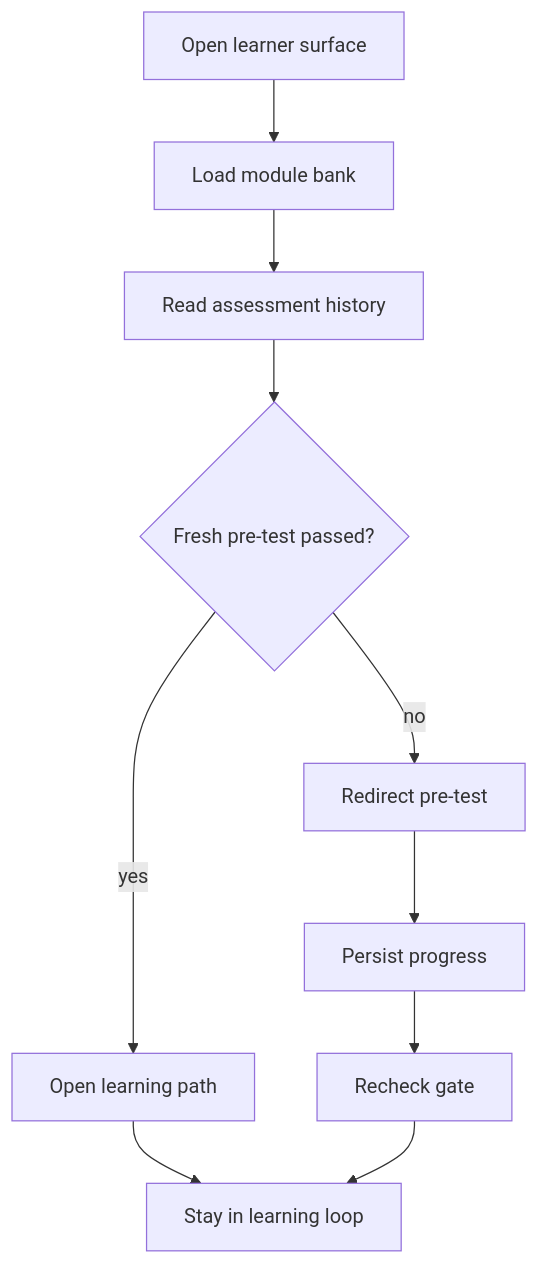
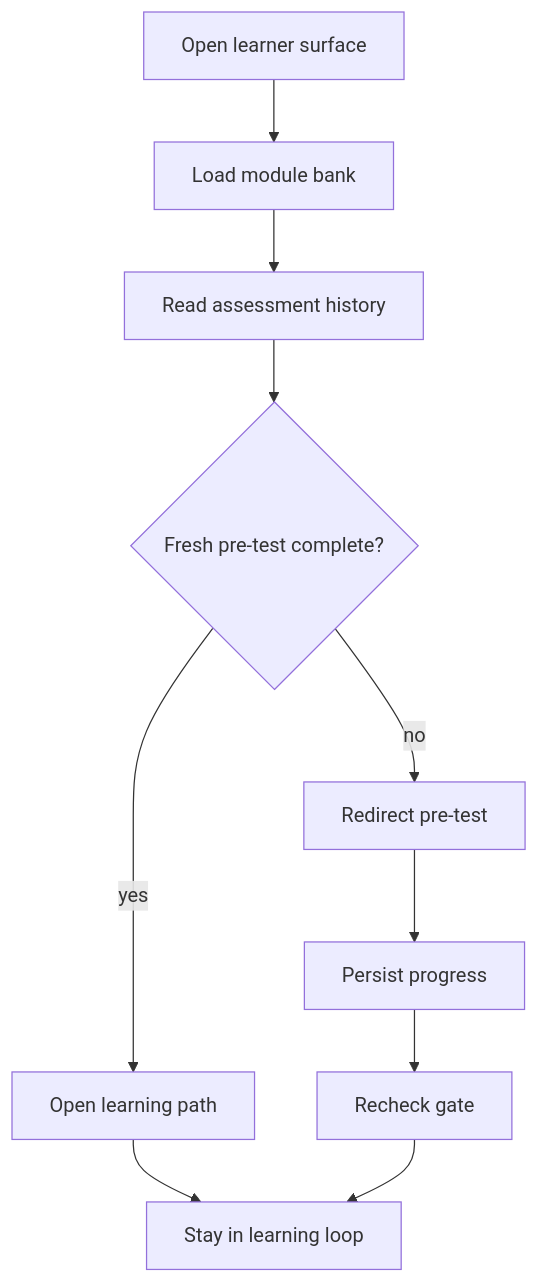
The diagram in docs/Codebase/Frontend/src/components/learn/README.md (JohnAndrewBalbarosa/NeoTerritory), drawn with Mermaid before and after one commit. The commit also changed other lines of this file and 16 other files, not shown here.

Commit message:
Fix sequential learner pretest flow

````diff
--- a/docs/Codebase/Frontend/src/components/learn/README.md
+++ b/docs/Codebase/Frontend/src/components/learn/README.md
@@ -23,15 +23,15 @@
 ```mermaid
 flowchart TD
     Start["Open learner surface"]
     N0["Load module bank"]
     N1["Read assessment history"]
-    D0{"Fresh pre-test passed?"}
+    D0{"Fresh pre-test complete?"}
     N2["Open learning path"]
     N3["Redirect pre-test"]
     N4["Persist progress"]
     N5["Recheck gate"]
     End["Stay in learning loop"]
     Start --> N0 --> N1 --> D0
     D0 -->|yes| N2 --> End
     D0 -->|no| N3 --> N4 --> N5 --> End
 ```
````
